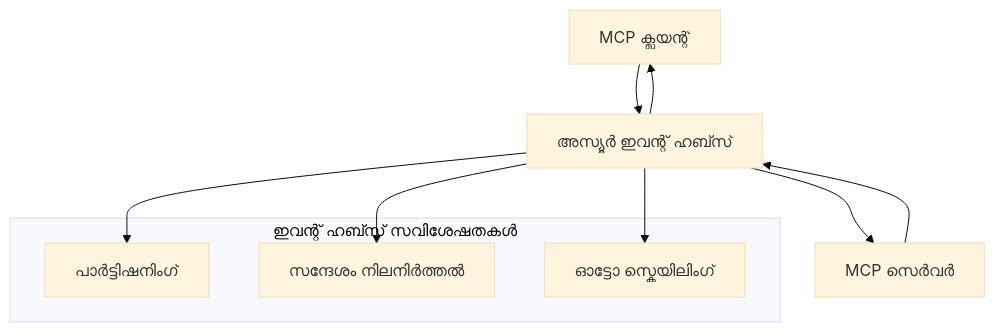
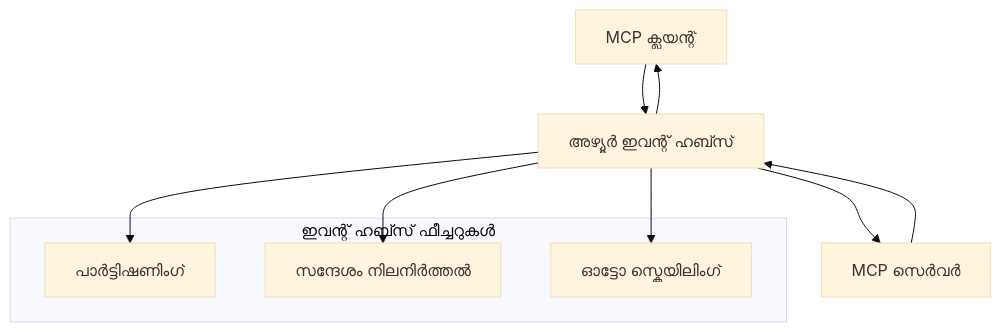
The second of 2 diagrams in mcp_ecosystem__model_context_protocol/mcp_learning_resources/mcp-for-beginners/translations/ml/05-AdvancedTopics/mcp-transport/README.md (HIDORAKAI002/ai-workspace-archive), drawn with Mermaid (base theme) before and after one commit. The commit also changed other lines of this file and 1539 other files, not shown here.

````diff
--- a/mcp_ecosystem__model_context_protocol/mcp_learning_resources/mcp-for-beginners/translations/ml/05-AdvancedTopics/mcp-transport/README.md
+++ b/mcp_ecosystem__model_context_protocol/mcp_learning_resources/mcp-for-beginners/translations/ml/05-AdvancedTopics/mcp-transport/README.md
@@ -269,17 +270,17 @@
 ```mermaid
 graph TB
-    Client[MCP ക്ലയന്റ്] --> EH[അസ്യൂർ ഇവന്റ് ഹബ്സ്]
+    Client[MCP ക്ലയന്റ്] --> EH[അഴ്യൂർ ഇവന്റ് ഹബ്സ്]
     EH --> Server[MCP സെർവർ]
     Server --> EH
     EH --> Client
     
-    subgraph "ഇവന്റ് ഹബ്സ് സവിശേഷതകൾ"
-        Partition[പാർട്ടിഷനിംഗ്]
+    subgraph "ഇവന്റ് ഹബ്സ് ഫീച്ചറുകൾ"
+        Partition[പാർട്ടിഷണിംഗ്]
         Retention[സന്ദേശം നിലനിർത്തൽ]
         Scaling[ഓട്ടോ സ്കെയിലിംഗ്]
     end
     
     EH --> Partition
     EH --> Retention
     EH --> Scaling
 ```
````
